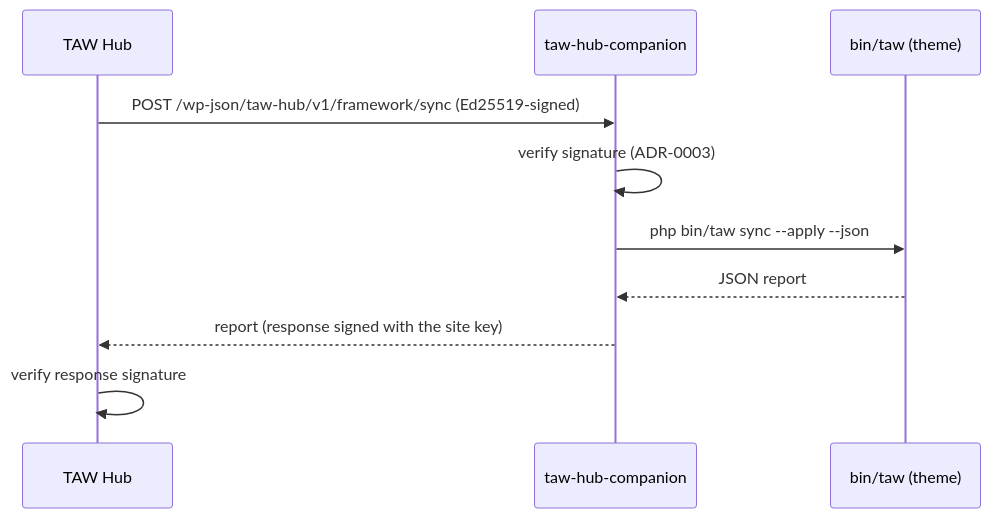
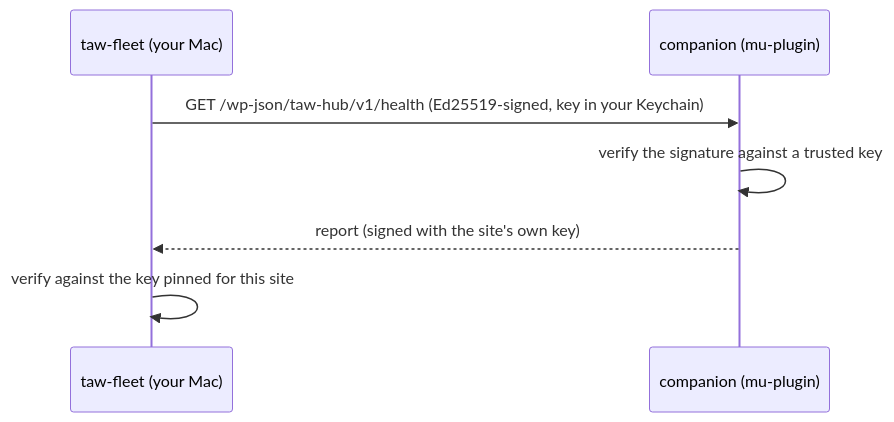
The diagram in taw-hub-companion.mdx (Relmaur/taw-docs), drawn with Mermaid before and after one commit. The commit also changed other lines of this file and 4 other files, not shown here.

Commit message:
taw-hub retired: companion page (as an mu-plugin, read by taw-fleet), taw-fleet live, changelog

````diff
--- a/taw-hub-companion.mdx
+++ b/taw-hub-companion.mdx
@@ -14,12 +14,9 @@
 ```mermaid
 sequenceDiagram
-    participant Hub as TAW Hub
-    participant Plugin as taw-hub-companion
-    participant CLI as bin/taw (theme)
-    Hub->>Plugin: POST /wp-json/taw-hub/v1/framework/sync  (Ed25519-signed)
-    Plugin->>Plugin: verify signature (ADR-0003)
-    Plugin->>CLI: php bin/taw sync --apply --json
-    CLI-->>Plugin: JSON report
-    Plugin-->>Hub: report  (response signed with the site key)
-    Hub->>Hub: verify response signature
+    participant Fleet as taw-fleet (your Mac)
+    participant Site as companion (mu-plugin)
+    Fleet->>Site: GET /wp-json/taw-hub/v1/health  (Ed25519-signed, key in your Keychain)
+    Site->>Site: verify the signature against a trusted key
+    Site-->>Fleet: report  (signed with the site's own key)
+    Fleet->>Fleet: verify against the key pinned for this site
 ```
````
